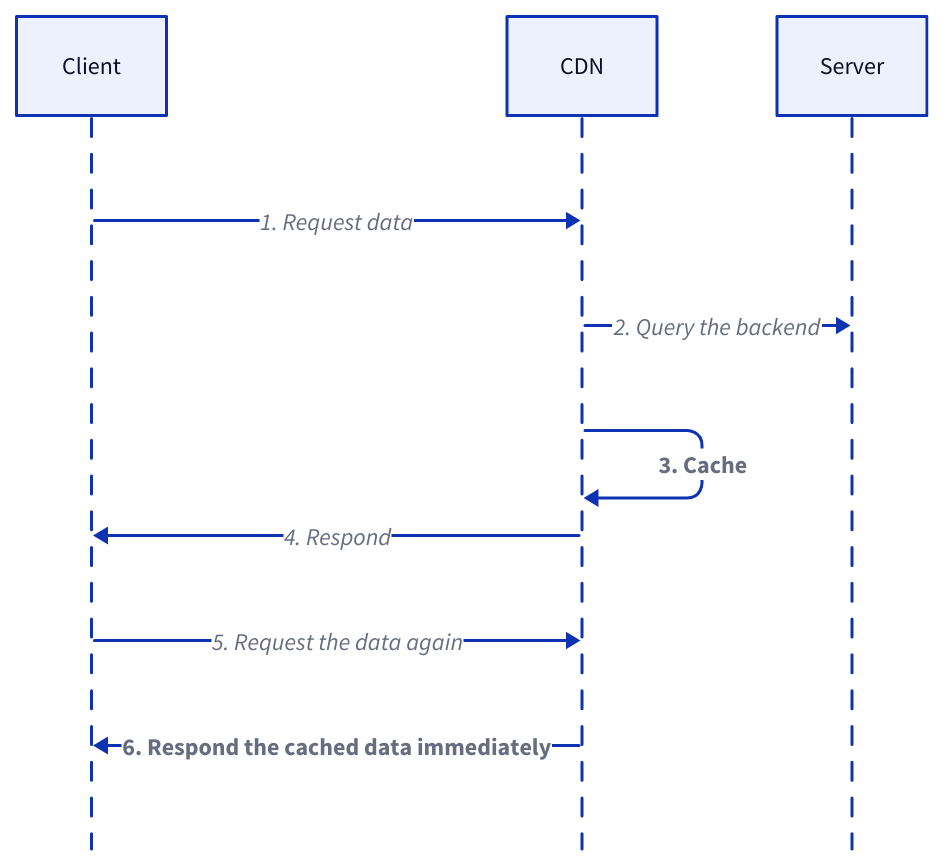
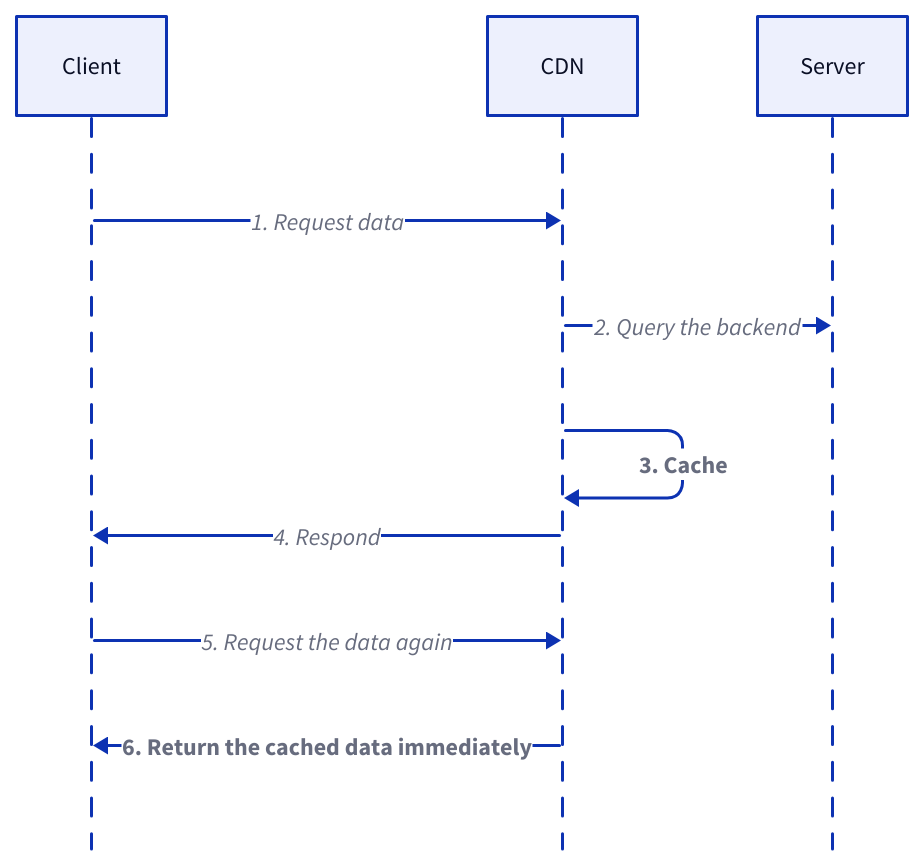
Before and after one commit to link1905/system-design-101: diagram 15 of 17 in content/data-persistence/media-storage.md, drawn with D2. The commit also changed other lines of this file and 42 other files, not shown here.

````diff
--- a/content/data-persistence/media-storage.md
+++ b/content/data-persistence/media-storage.md
@@ -500,23 +463,23 @@
 ```d2
 shape: sequence_diagram
 c: Client {
   class: client
 }
 cdn: CDN {
   class: cdn
 }
 b: Server {
   class: server
 }
 
 c -> cdn: 1. Request data
 cdn -> b: 2. Query the backend
 cdn -> cdn: 3. Cache {
   style.bold: true
 }
 cdn -> c: 4. Respond
 c -> cdn: 5. Request the data again
-cdn -> c: 6. Respond the cached data immediately {
+cdn -> c: 6. Return the cached data immediately {
   style.bold: true
 }
 ```
````
